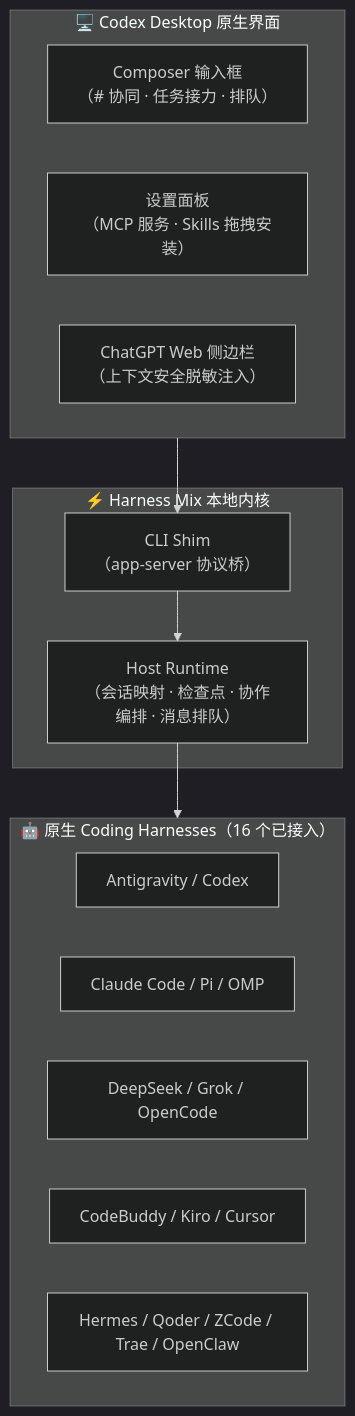
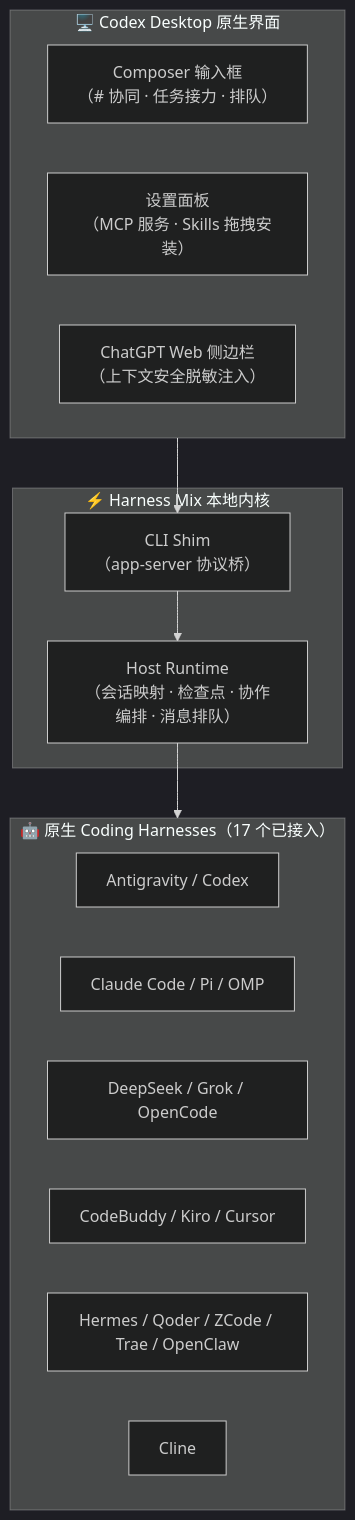
Before and after one commit to emo-xiaoyu/harness-mix: the diagram in README.md, drawn with Mermaid (dark theme). The commit also changed other lines of this file and 12 other files, not shown here.

````diff
--- a/README.md
+++ b/README.md
@@ -68,23 +71,24 @@
 ```mermaid
 flowchart TD
     subgraph UI["🖥️ Codex Desktop 原生界面"]
         Composer["Composer 输入框<br/>（# 协同 · 任务接力 · 排队）"]
         Settings["设置面板<br/>（MCP 服务 · Skills 拖拽安装）"]
         Sidebar["ChatGPT Web 侧边栏<br/>（上下文安全脱敏注入）"]
     end
 
     subgraph Core["⚡ Harness Mix 本地内核"]
         Shim["CLI Shim<br/>（app-server 协议桥）"]
         Host["Host Runtime<br/>（会话映射 · 检查点 · 协作编排 · 消息排队）"]
     end
 
-    subgraph Engines["🤖 原生 Coding Harnesses（16 个已接入）"]
+    subgraph Engines["🤖 原生 Coding Harnesses（17 个已接入）"]
         H1["Antigravity / Codex"]
         H2["Claude Code / Pi / OMP"]
         H3["DeepSeek / Grok / OpenCode"]
         H4["CodeBuddy / Kiro / Cursor"]
         H5["Hermes / Qoder / ZCode / Trae / OpenClaw"]
+        H6["Cline"]
     end
 
     UI --> Shim --> Host --> Engines
 ```
````
